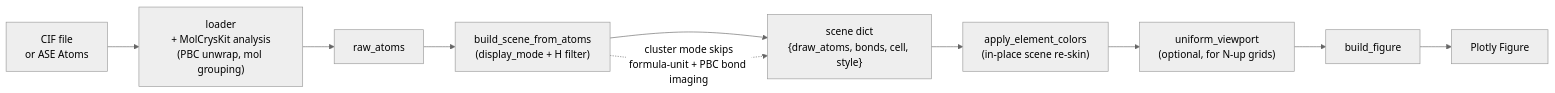
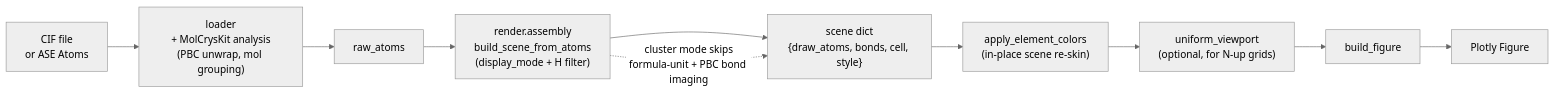
The diagram in agents/scene_api.md (SchrodingersCattt/MatterVis), drawn with Mermaid (neutral theme) before and after one commit. The commit also changed other lines of this file and 116 other files, not shown here.

First line of the commit message:
refactor(domains): add agent-ready architecture namespaces

````diff
--- a/agents/scene_api.md
+++ b/agents/scene_api.md
@@ -10,13 +10,13 @@
 ```mermaid
 flowchart LR
     CIF["CIF file<br/>or ASE Atoms"] --> LOAD["loader<br/>+ MolCrysKit analysis<br/>(PBC unwrap, mol grouping)"]
     LOAD --> RAW["raw_atoms"]
-    RAW --> BUILD["build_scene_from_atoms<br/>(display_mode + H filter)"]
+    RAW --> BUILD["render.assembly<br/>build_scene_from_atoms<br/>(display_mode + H filter)"]
     BUILD --> SCENE["scene dict<br/>{draw_atoms, bonds, cell, style}"]
     SCENE --> SKIN["apply_element_colors<br/>(in-place scene re-skin)"]
     SKIN --> UV["uniform_viewport<br/>(optional, for N-up grids)"]
     UV --> FIG["build_figure"]
     FIG --> OUT["Plotly Figure"]
 
     BUILD -. "cluster mode skips<br/>formula-unit + PBC bond imaging" .-> SCENE
 ```
````
